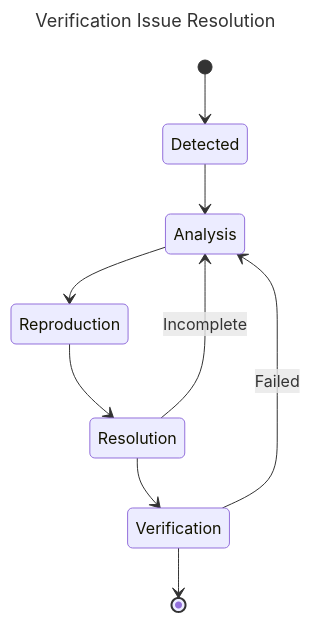
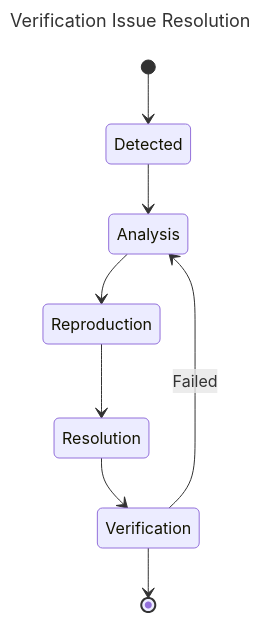
Before and after one commit to ecoPrimals/squirrel: the fifth of 5 diagrams in specs/integration/VERIFICATION.md, drawn with Mermaid. The commit also changed other lines of this file and 49 other files, not shown here.

````diff
--- a/specs/integration/VERIFICATION.md
+++ b/specs/integration/VERIFICATION.md
@@ -238,15 +839,14 @@
 ```mermaid
 ---
 title: Verification Issue Resolution
 ---
 stateDiagram-v2
     [*] --> Detected
     Detected --> Analysis
     Analysis --> Reproduction
     Reproduction --> Resolution
     Resolution --> Verification
     Verification --> [*]
     
     Verification --> Analysis: Failed
-    Resolution --> Analysis: Incomplete
 ```
````
